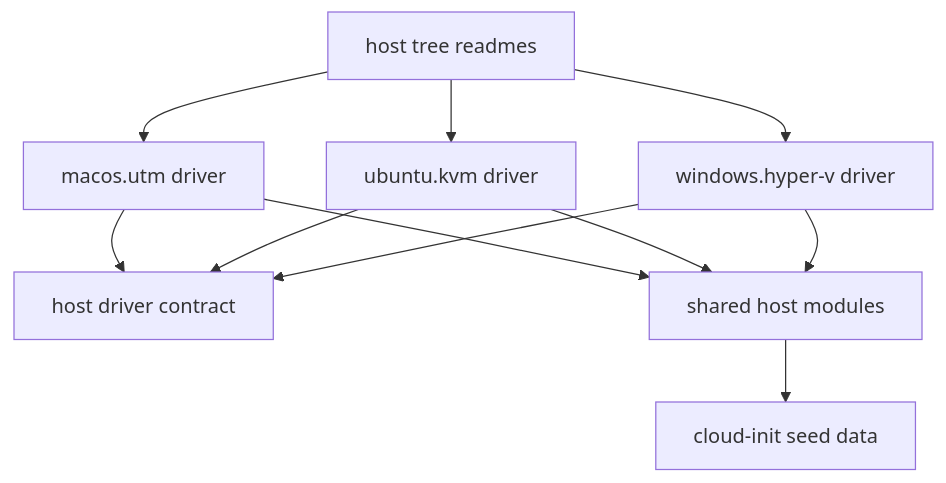
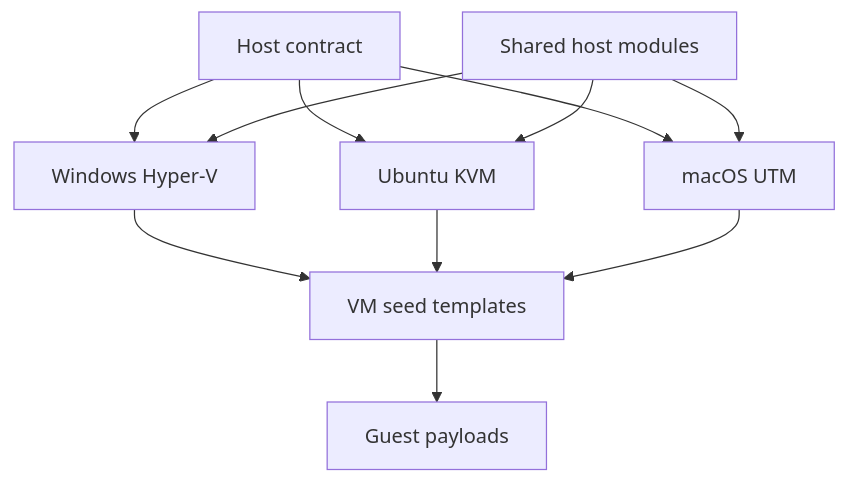
One commit to alissonsol/yuruna changed the fourth of 7 diagrams in docs/design/02-component-breakdown.md. Above: the diagram before and after it, drawn with Mermaid. The commit also changed other lines of this file and 657 other files, not shown here.

````diff
--- a/docs/design/02-component-breakdown.md
+++ b/docs/design/02-component-breakdown.md
@@ -340,21 +85,13 @@
 ```mermaid
 flowchart TD
-    host-contract["host driver contract"]
-    macos-utm["macos.utm driver"]
-    ubuntu-kvm["ubuntu.kvm driver"]
-    windows-hyper-v["windows.hyper-v driver"]
-    host-modules["shared host modules"]
-    host-vmconfig["cloud-init seed data"]
-    host-docs["host tree readmes"]
-
-    macos-utm --> host-contract
-    ubuntu-kvm --> host-contract
-    windows-hyper-v --> host-contract
-    macos-utm --> host-modules
-    ubuntu-kvm --> host-modules
-    windows-hyper-v --> host-modules
-    host-modules --> host-vmconfig
-    host-docs --> macos-utm
-    host-docs --> ubuntu-kvm
-    host-docs --> windows-hyper-v
+  host-contract["Host contract"] --> windows-hyper-v["Windows Hyper-V"]
+  host-contract --> ubuntu-kvm["Ubuntu KVM"]
+  host-contract --> macos-utm["macOS UTM"]
+  shared-host-modules["Shared host modules"] --> windows-hyper-v
+  shared-host-modules --> ubuntu-kvm
+  shared-host-modules --> macos-utm
+  windows-hyper-v --> vm-seed-templates["VM seed templates"]
+  ubuntu-kvm --> vm-seed-templates
+  macos-utm --> vm-seed-templates
+  vm-seed-templates --> guest-payloads["Guest payloads"]
 ```
````
